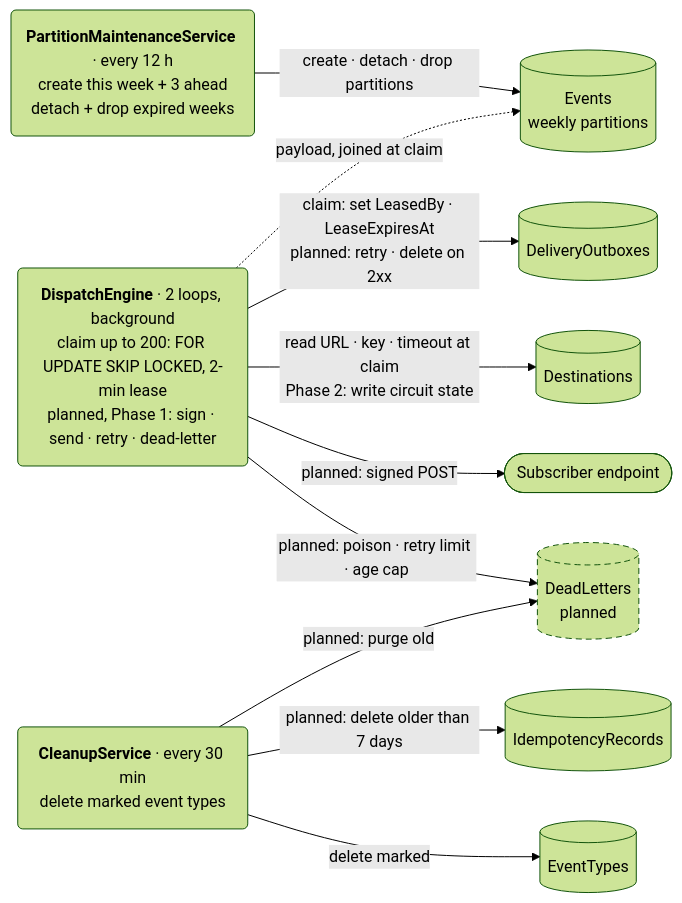
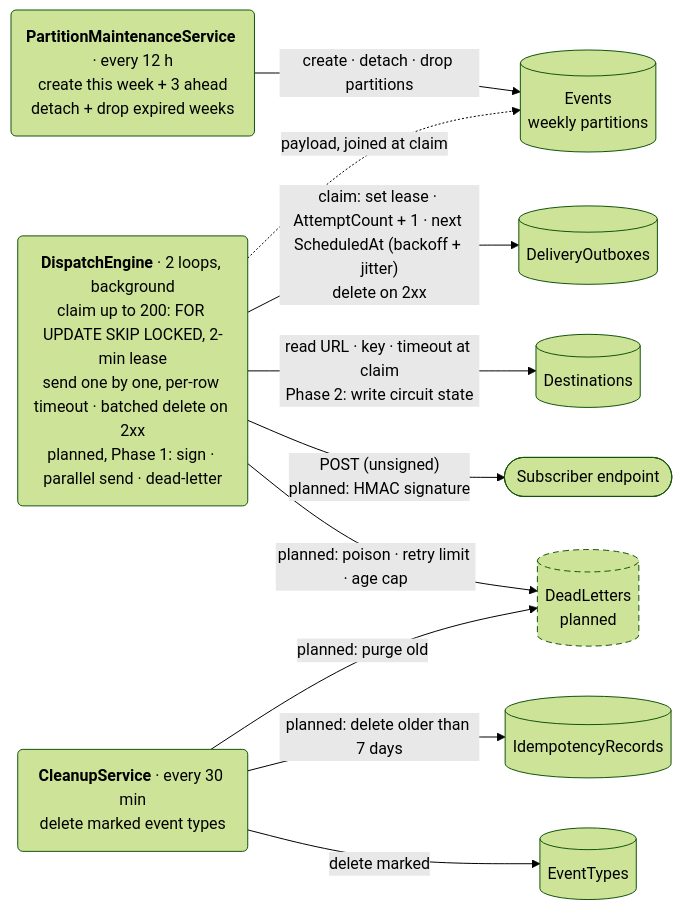
One commit to Talha-Ridwan/DispatchForge changed the third of 3 diagrams in docs/architecture.md. Above: the diagram before and after it, drawn with Mermaid (forest theme).

````diff
--- a/docs/architecture.md
+++ b/docs/architecture.md
@@ -72,27 +72,27 @@
 ```mermaid
 flowchart LR
     PM("<b>PartitionMaintenanceService</b> · every 12 h<br/>create this week + 3 ahead<br/>detach + drop expired weeks")
-    DW("<b>DispatchEngine</b> · 2 loops, background<br/>claim up to 200: FOR UPDATE SKIP LOCKED, 2-min lease<br/>planned, Phase 1: sign · send · retry · dead-letter")
+    DW("<b>DispatchEngine</b> · 2 loops, background<br/>claim up to 200: FOR UPDATE SKIP LOCKED, 2-min lease<br/>send one by one, per-row timeout · batched delete on 2xx<br/>planned, Phase 1: sign · parallel send · dead-letter")
     CL("<b>CleanupService</b> · every 30 min<br/>delete marked event types")
 
     Events[("Events<br/>weekly partitions")]
     Outbox[("DeliveryOutboxes")]
     Destinations[("Destinations")]
     Sub(["Subscriber endpoint"])
     DL[("DeadLetters<br/>planned")]
     Idem[("IdempotencyRecords")]
     EventTypes[("EventTypes")]
 
     PM -->|"create · detach · drop partitions"| Events
     DW -.->|"payload, joined at claim"| Events
-    DW -->|"claim: set LeasedBy · LeaseExpiresAt<br/>planned: retry · delete on 2xx"| Outbox
+    DW -->|"claim: set lease · AttemptCount + 1 · next ScheduledAt (backoff + jitter)<br/>delete on 2xx"| Outbox
     DW -->|"read URL · key · timeout at claim<br/>Phase 2: write circuit state"| Destinations
-    DW -->|"planned: signed POST"| Sub
+    DW -->|"POST (unsigned)<br/>planned: HMAC signature"| Sub
     DW -->|"planned: poison · retry limit · age cap"| DL
     CL -->|"planned: purge old"| DL
     CL -->|"planned: delete older than 7 days"| Idem
     CL -->|"delete marked"| EventTypes
 
     classDef planned stroke-dasharray: 6 4
     class DL planned
 ```
````
